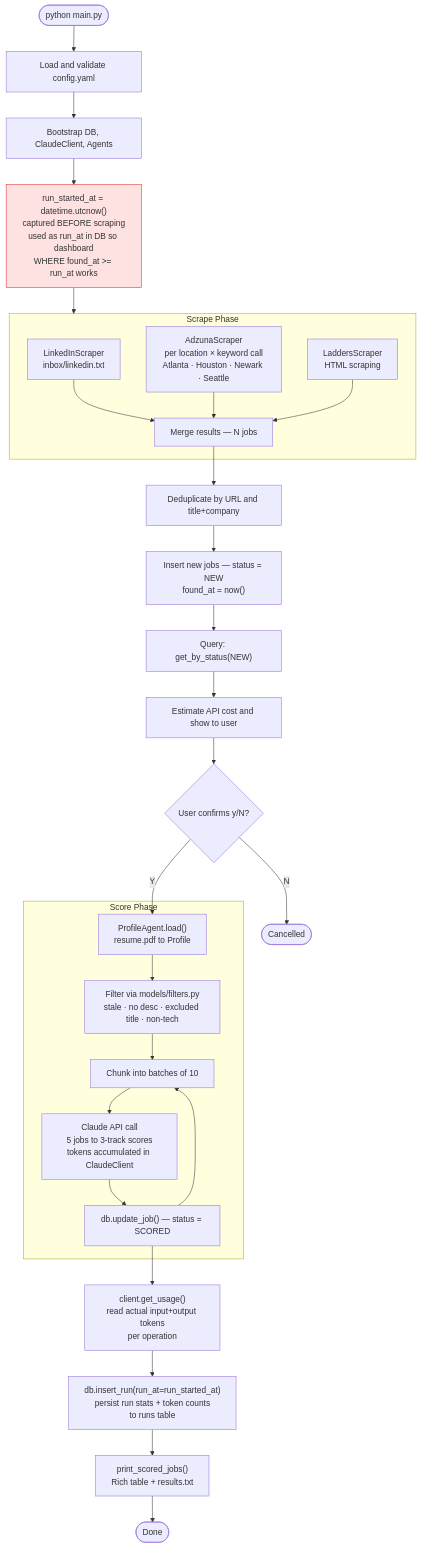
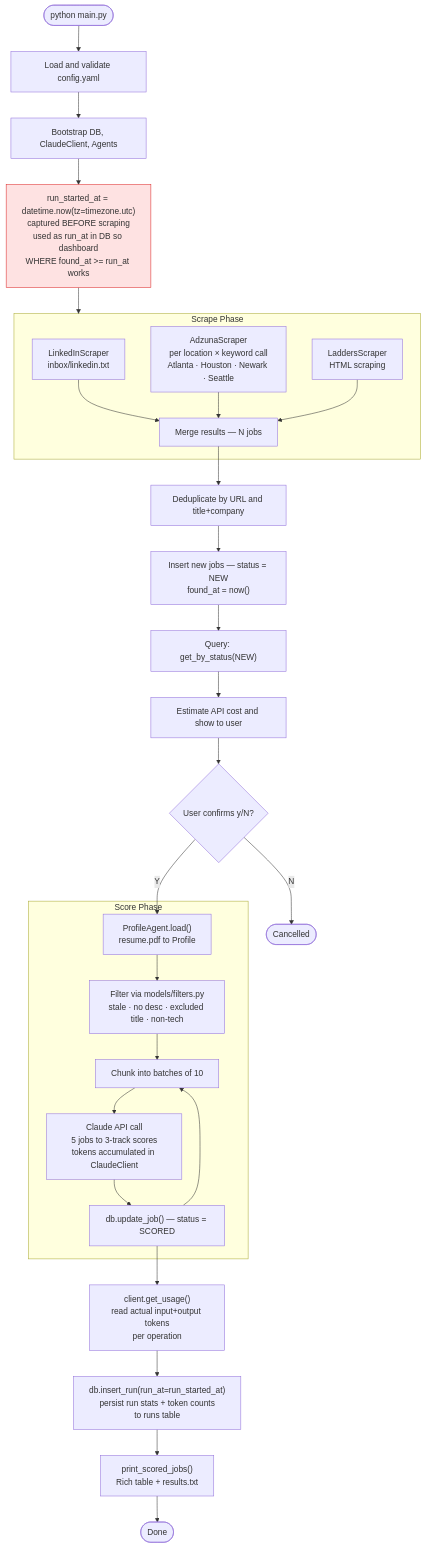
One commit to suthrams/jobsearchagent changed the fourth of 12 diagrams in docs/architecture.md. Above: the diagram before and after it, drawn with Mermaid. The commit also changed 5 other files, not shown here.

````diff
--- a/docs/architecture.md
+++ b/docs/architecture.md
@@ -186,39 +186,39 @@
 ```mermaid
 flowchart TD
     START([python main.py]) --> CONFIG[Load and validate config.yaml]
     CONFIG --> BOOT[Bootstrap DB, ClaudeClient, Agents]
-    BOOT --> TIMESTAMP["run_started_at = datetime.utcnow()\ncaptured BEFORE scraping\nused as run_at in DB so dashboard\nWHERE found_at >= run_at works"]
+    BOOT --> TIMESTAMP["run_started_at = datetime.now(tz=timezone.utc)\ncaptured BEFORE scraping\nused as run_at in DB so dashboard\nWHERE found_at >= run_at works"]
     TIMESTAMP --> SCRAPE
 
     subgraph SCRAPE["Scrape Phase"]
         S1["LinkedInScraper\ninbox/linkedin.txt"]
         S2["AdzunaScraper\nper location × keyword call\nAtlanta · Houston · Newark · Seattle"]
         S3["LaddersScraper\nHTML scraping"]
         S1 & S2 & S3 --> MERGE["Merge results — N jobs"]
     end
 
     MERGE --> DEDUP["Deduplicate by URL and title+company"]
     DEDUP --> INSERT["Insert new jobs — status = NEW\nfound_at = now()"]
     INSERT --> UNSCORED["Query: get_by_status(NEW)"]
 
     UNSCORED --> ESTIMATE["Estimate API cost and show to user"]
     ESTIMATE --> CONFIRM{User confirms y/N?}
     CONFIRM -- N --> CANCEL([Cancelled])
     CONFIRM -- Y --> PROFILE
 
     subgraph SCORE["Score Phase"]
         PROFILE["ProfileAgent.load()\nresume.pdf to Profile"]
         PROFILE --> FILTER["Filter via models/filters.py\nstale · no desc · excluded title · non-tech"]
         FILTER --> BATCH["Chunk into batches of 10"]
         BATCH --> CLAUDE["Claude API call\n5 jobs to 3-track scores\ntokens accumulated in ClaudeClient"]
         CLAUDE --> SAVE["db.update_job() — status = SCORED"]
         SAVE --> BATCH
     end
 
     SAVE --> USAGE["client.get_usage()\nread actual input+output tokens\nper operation"]
     USAGE --> RUN["db.insert_run(run_at=run_started_at)\npersist run stats + token counts\nto runs table"]
     RUN --> DISPLAY["print_scored_jobs()\nRich table + results.txt"]
     DISPLAY --> END([Done])
 
     style TIMESTAMP fill:#fee2e2,stroke:#dc2626
 ```
````
